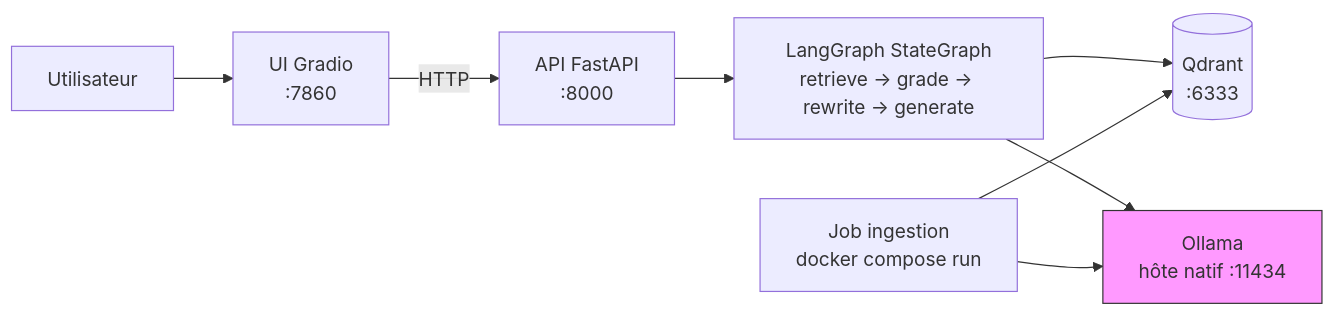
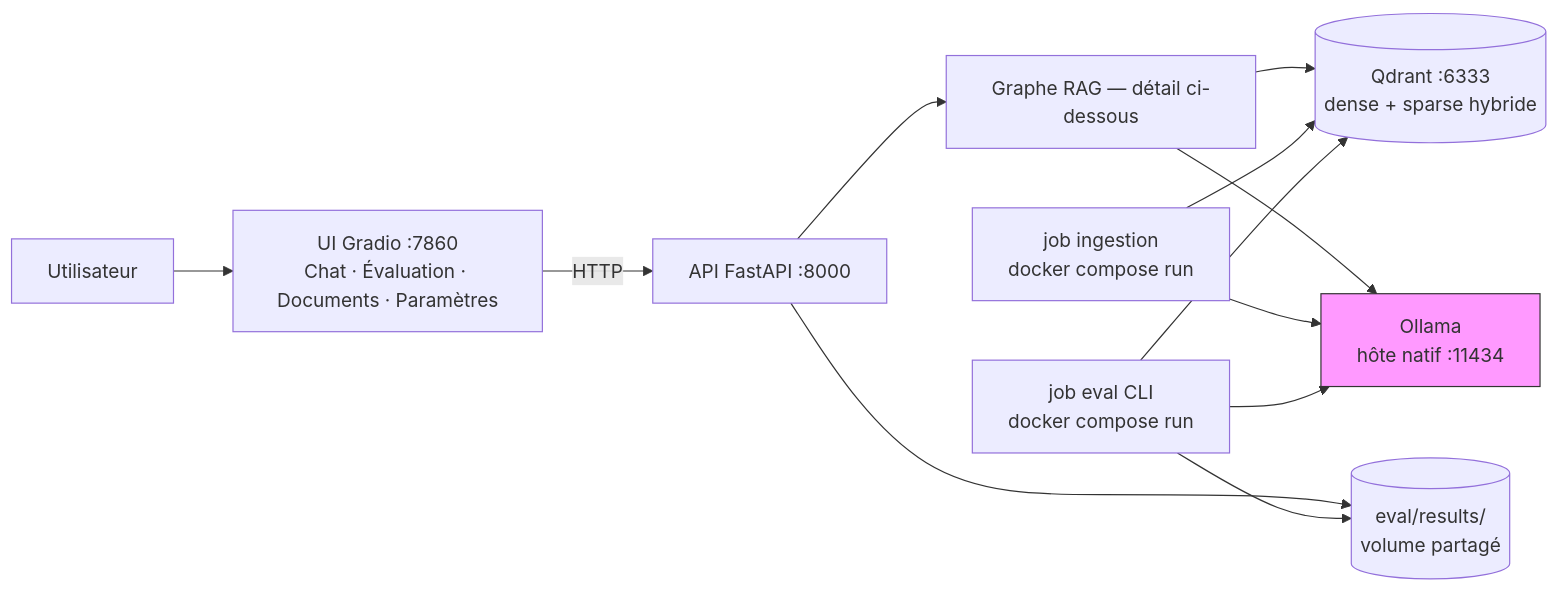
The first of 2 diagrams in README.md (St4r4x/rag-lab), drawn with Mermaid before and after one commit. The commit also changed other lines of this file and 1 other file, not shown here.

First line of the commit message:
docs: refresh architecture diagrams and document dashboard API/UI

````diff
--- a/README.md
+++ b/README.md
@@ -47,12 +55,20 @@
 ```mermaid
 graph LR
-    U[Utilisateur] --> UI[UI Gradio<br/>:7860]
-    UI -->|HTTP| API[API FastAPI<br/>:8000]
-    API --> Graph[LangGraph StateGraph<br/>retrieve → grade → rewrite → generate]
-    Graph --> Qdrant[(Qdrant<br/>:6333)]
+    U[Utilisateur] --> UI[UI Gradio :7860<br/>Chat · Évaluation · Documents · Paramètres]
+    UI -->|HTTP| API[API FastAPI :8000]
+
+    API --> Graph[Graphe RAG — détail ci-dessous]
+    API --> Results[(eval/results/<br/>volume partagé)]
+
+    Graph --> Qdrant[(Qdrant :6333<br/>dense + sparse hybride)]
     Graph --> Ollama[Ollama<br/>hôte natif :11434]
-    Ingest[Job ingestion<br/>docker compose run] --> Qdrant
+
+    Ingest[job ingestion<br/>docker compose run] --> Qdrant
     Ingest --> Ollama
+
+    EvalCLI[job eval CLI<br/>docker compose run] --> Results
+    EvalCLI --> Qdrant
+    EvalCLI --> Ollama
 
     style Ollama fill:#f9f,stroke:#333
 ```
````
